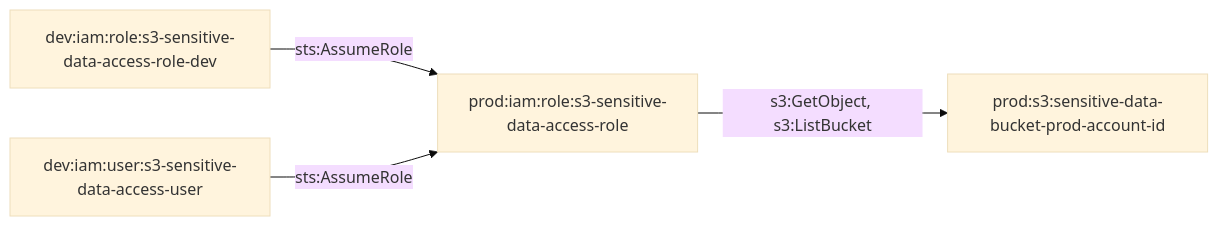
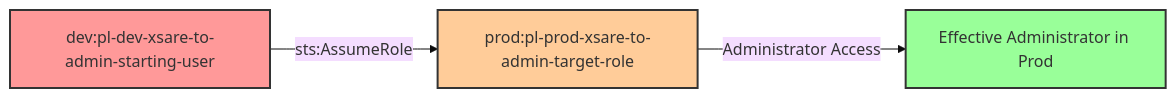
One commit to DataDog/pathfinding-labs changed the diagram in modules/scenarios/cross-account/dev-to-prod/one-hop/simple-role-assumption/README.md. Above: the diagram before and after it, drawn with Mermaid (base theme). The commit also changed other lines of this file and 16 other files, not shown here.

````diff
--- a/modules/scenarios/cross-account/dev-to-prod/one-hop/simple-role-assumption/README.md
+++ b/modules/scenarios/cross-account/dev-to-prod/one-hop/simple-role-assumption/README.md
@@ -7,13 +27,15 @@
 ```mermaid
 graph LR
-    %% Nodes
-    DevRole[dev:iam:role:s3-sensitive-data-access-role-dev]
-    DevUser[dev:iam:user:s3-sensitive-data-access-user]
-    ProdRole[prod:iam:role:s3-sensitive-data-access-role]
-    S3Bucket[prod:s3:sensitive-data-bucket-prod-account-id]
+    A[dev:pl-dev-xsare-to-admin-starting-user] -->|sts:AssumeRole| B[prod:pl-prod-xsare-to-admin-target-role]
+    B -->|Administrator Access| C[Effective Administrator in Prod]
 
-    %% Edges
-    DevRole -->|sts:AssumeRole| ProdRole
-    DevUser -->|sts:AssumeRole| ProdRole
-    ProdRole -->|s3:GetObject, s3:ListBucket| S3Bucket
+    style A fill:#ff9999,stroke:#333,stroke-width:2px
+    style B fill:#ffcc99,stroke:#333,stroke-width:2px
+    style C fill:#99ff99,stroke:#333,stroke-width:2px
+
+    classDef devAccount fill:#ffe6e6,stroke:#ff4444,stroke-width:2px
+    classDef prodAccount fill:#e6ffe6,stroke:#44ff44,stroke-width:2px
+
+    class A devAccount
+    class B,C prodAccount
 ```
````
